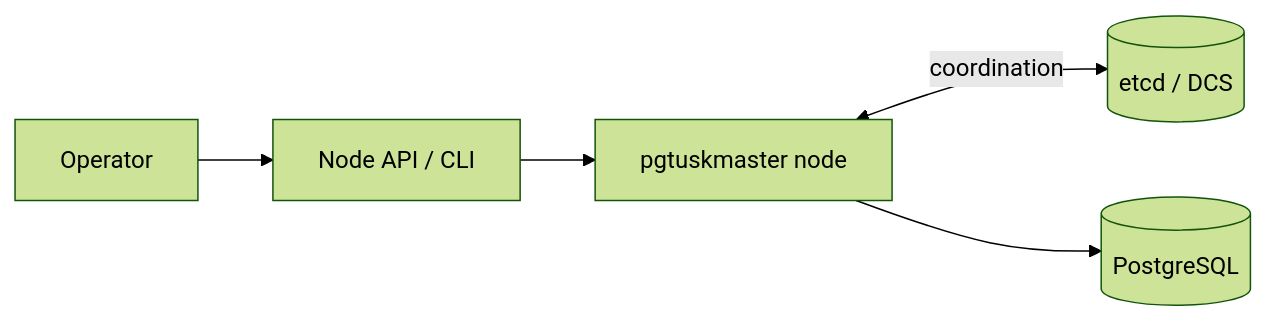
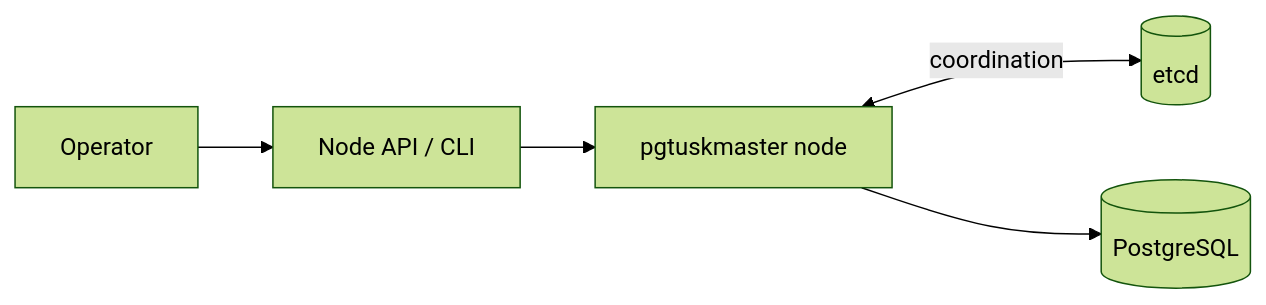
One commit to djosh34/pgtuskmaster_rust changed the diagram in docs/src/introduction.md. Above: the diagram before and after it, drawn with Mermaid (forest theme). The commit also changed other lines of this file and 37 other files, not shown here.

````diff
--- a/docs/src/introduction.md
+++ b/docs/src/introduction.md
@@ -7,7 +7,7 @@
 ```mermaid
 flowchart LR
   Op[Operator] --> API[Node API / CLI]
   API --> Node[pgtuskmaster node]
-  Node <-->|coordination| ETCD[(etcd / DCS)]
+  Node <-->|coordination| ETCD[(etcd)]
   Node --> PG[(PostgreSQL)]
 ```
````
